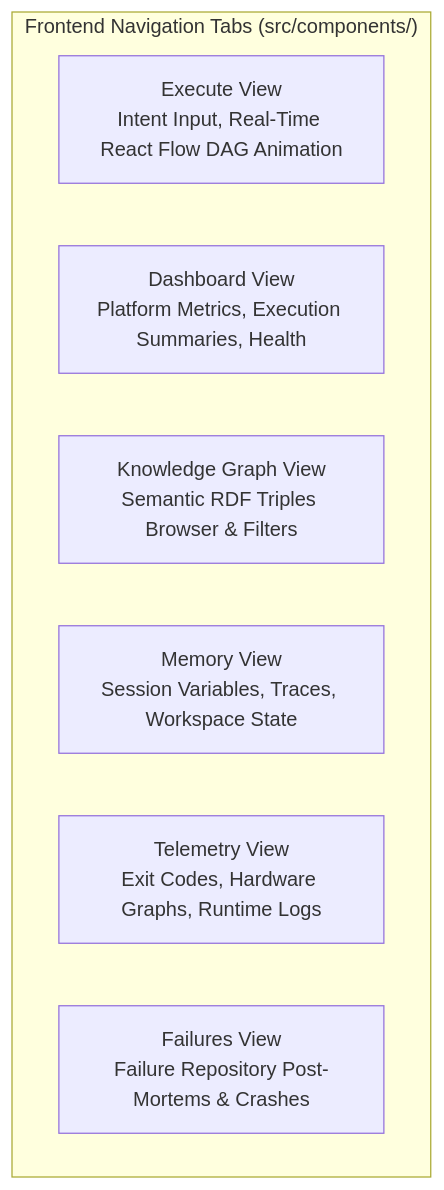
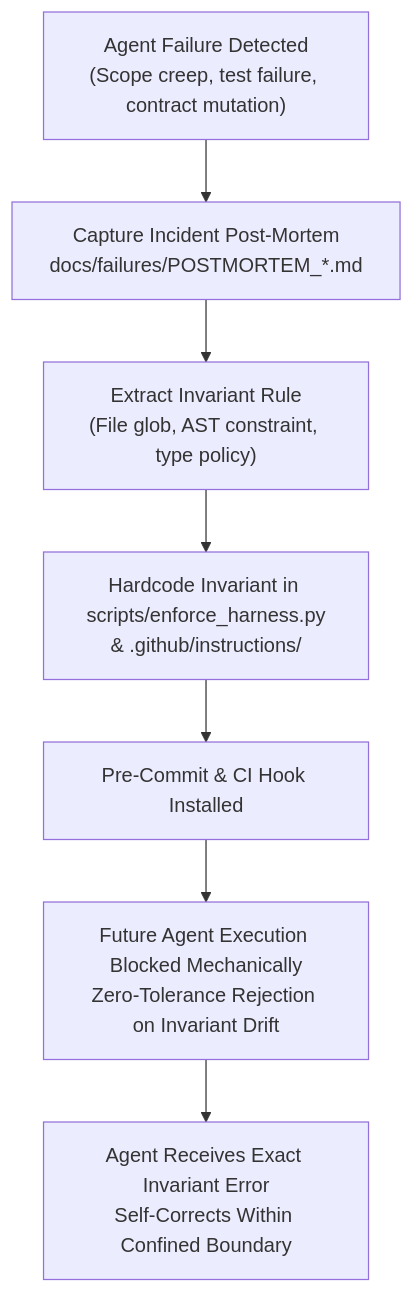
One commit to jacobjerryarackal/harness-engineering changed the second of 2 diagrams in README.md. Above: the diagram before and after it, drawn with Mermaid. The commit also changed other lines of this file and 5 other files, not shown here.

Commit message:
feat: add deterministic harness enforcement engine, pre-commit hook, and agent boundary instructions

````diff
--- a/README.md
+++ b/README.md
@@ -1085,11 +146,9 @@
 ```mermaid
 flowchart TD
-    subgraph UIViews["Frontend Navigation Tabs (src/components/)"]
-        V1["Execute View<br/>Intent Input, Real-Time React Flow DAG Animation"]
-        V2["Dashboard View<br/>Platform Metrics, Execution Summaries, Health"]
-        V3["Knowledge Graph View<br/>Semantic RDF Triples Browser & Filters"]
-        V4["Memory View<br/>Session Variables, Traces, Workspace State"]
-        V5["Telemetry View<br/>Exit Codes, Hardware Graphs, Runtime Logs"]
-        V6["Failures View<br/>Failure Repository Post-Mortems & Crashes"]
-    end
+    A["Agent Failure Detected<br/>(Scope creep, test failure, contract mutation)"] --> B["Capture Incident Post-Mortem<br/>docs/failures/POSTMORTEM_*.md"]
+    B --> C["Extract Invariant Rule<br/>(File glob, AST constraint, type policy)"]
+    C --> D["Hardcode Invariant in scripts/enforce_harness.py<br/>& .github/instructions/"]
+    D --> E["Pre-Commit & CI Hook Installed"]
+    E --> F["Future Agent Execution Blocked Mechanically<br/>Zero-Tolerance Rejection on Invariant Drift"]
+    F --> G["Agent Receives Exact Invariant Error<br/>Self-Corrects Within Confined Boundary"]
 ```
````
